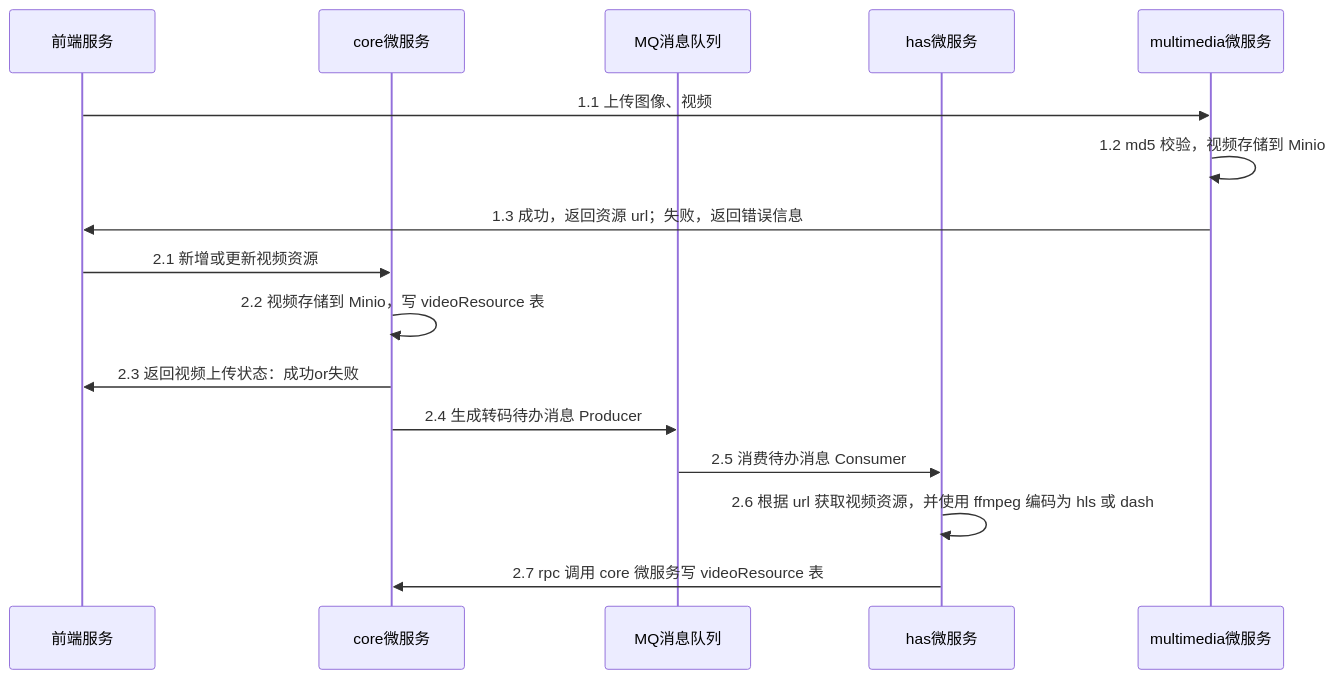
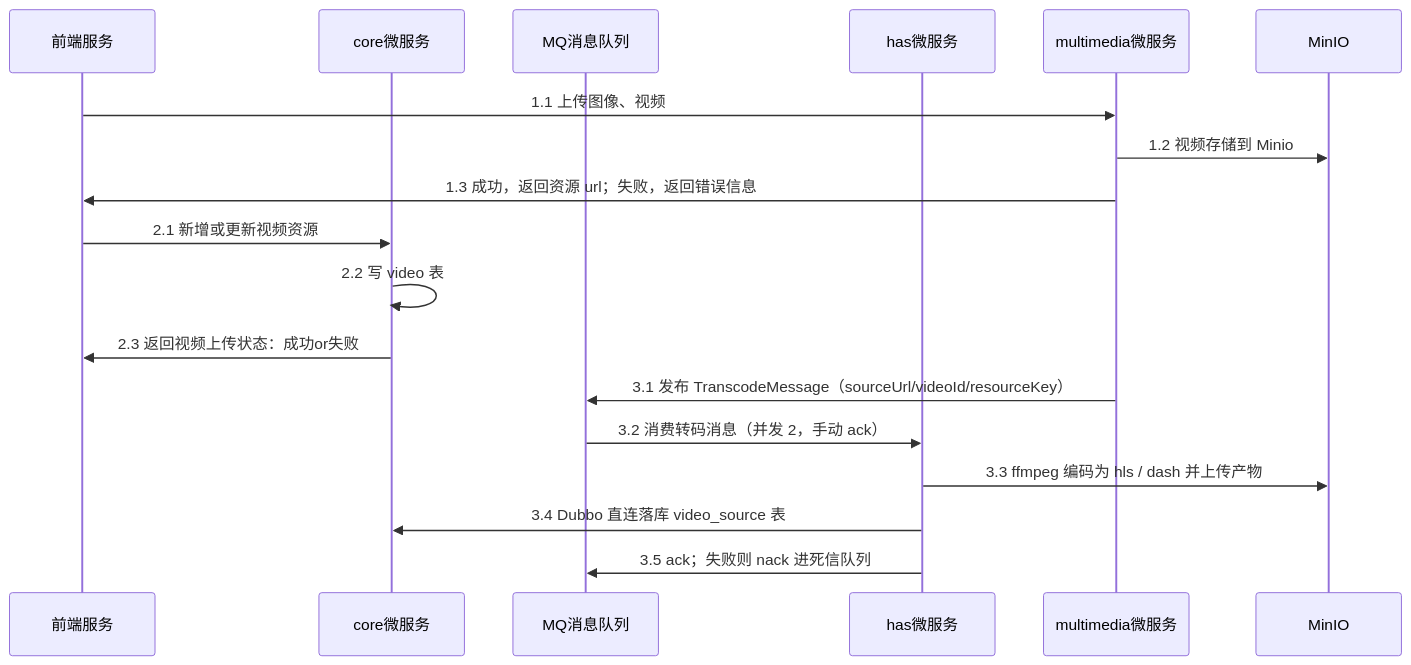
Before and after one commit to xiaolinstar/magic-video-backend: the diagram in has/README.md, drawn with Mermaid. The commit also changed other lines of this file and 116 other files, not shown here.

````diff
--- a/has/README.md
+++ b/has/README.md
@@ -21,18 +31,20 @@
 ```mermaid
 sequenceDiagram
     participant 前端服务
     participant core微服务
     participant MQ消息队列
     participant has微服务
     participant multimedia微服务
+    participant MinIO
     前端服务 ->> multimedia微服务: 1.1 上传图像、视频
-    multimedia微服务 ->> multimedia微服务: 1.2 md5 校验，视频存储到 Minio
+    multimedia微服务 ->> MinIO: 1.2 视频存储到 Minio
     multimedia微服务 ->> 前端服务: 1.3 成功，返回资源 url；失败，返回错误信息
     前端服务 ->> core微服务: 2.1 新增或更新视频资源
-    core微服务 ->> core微服务: 2.2 视频存储到 Minio，写 videoResource 表
+    core微服务 ->> core微服务: 2.2 写 video 表
     core微服务 ->> 前端服务: 2.3 返回视频上传状态：成功or失败
-    core微服务 ->> MQ消息队列: 2.4 生成转码待办消息 Producer
-    MQ消息队列 ->> has微服务: 2.5 消费待办消息 Consumer
-    has微服务 ->> has微服务: 2.6 根据 url 获取视频资源，并使用 ffmpeg 编码为 hls 或 dash
-    has微服务 ->> core微服务: 2.7 rpc 调用 core 微服务写 videoResource 表
+    multimedia微服务 ->> MQ消息队列: 3.1 发布 TranscodeMessage（sourceUrl/videoId/resourceKey）
+    MQ消息队列 ->> has微服务: 3.2 消费转码消息（并发 2，手动 ack）
+    has微服务 ->> MinIO: 3.3 ffmpeg 编码为 hls / dash 并上传产物
+    has微服务 ->> core微服务: 3.4 Dubbo 直连落库 video_source 表
+    has微服务 ->> MQ消息队列: 3.5 ack；失败则 nack 进死信队列
 ```
````
